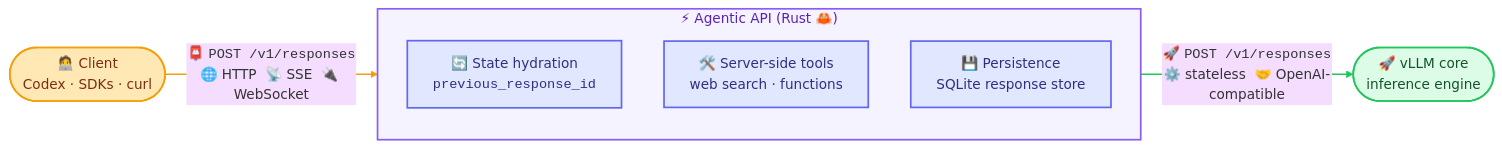
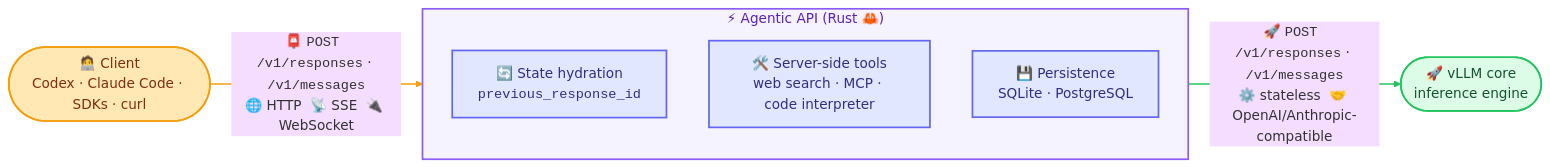
The diagram in README.md (EmbeddedLLM/agentic-api), drawn with Mermaid (base theme) before and after one commit. The commit also changed other lines of this file and 7 other files, not shown here.

Commit message:
chore: roadmap, readme and general docs updates

````diff
--- a/README.md
+++ b/README.md
@@ -28,22 +28,22 @@
 ```mermaid
 flowchart LR
-    C(["🧑‍💻 Client<br/>Codex · SDKs · curl"]) -->|"📮 <code>POST /v1/responses</code><br/>🌐 HTTP&nbsp;&nbsp;📡 SSE&nbsp;&nbsp;🔌 WebSocket"| A
+    C(["🧑‍💻 Client<br/>Codex · Claude Code · SDKs · curl"]) -->|"📮 <code>POST /v1/responses</code> · <code>/v1/messages</code><br/>🌐 HTTP&nbsp;&nbsp;📡 SSE&nbsp;&nbsp;🔌 WebSocket"| A
     subgraph A ["⚡ Agentic API (Rust 🦀)"]
         direction TB
         S["🔄 State hydration<br/><code>previous_response_id</code>"]
-        T["🛠️ Server-side tools<br/>web search · functions"]
-        P["💾 Persistence<br/>SQLite response store"]
+        T["🛠️ Server-side tools<br/>web search · MCP · code interpreter"]
+        P["💾 Persistence<br/>SQLite · PostgreSQL"]
     end
-    A -->|"🚀 <code>POST /v1/responses</code><br/>⚙️ stateless&nbsp;&nbsp;🤝 OpenAI-compatible"| V(["🚀 vLLM core<br/>inference engine"])
+    A -->|"🚀 <code>POST /v1/responses</code> · <code>/v1/messages</code><br/>⚙️ stateless&nbsp;&nbsp;🤝 OpenAI/Anthropic-compatible"| V(["🚀 vLLM core<br/>inference engine"])
 
     classDef client fill:#FFE8B3,stroke:#F59E0B,stroke-width:2px,color:#7C2D12
     classDef inner fill:#E0E7FF,stroke:#6366F1,stroke-width:2px,color:#312E81
     classDef engine fill:#DCFCE7,stroke:#22C55E,stroke-width:2px,color:#14532D
 
     class C client
     class S,T,P inner
     class V engine
     style A fill:#F5F3FF,stroke:#8B5CF6,stroke-width:2px,color:#5B21B6
     linkStyle 0 stroke:#F59E0B,stroke-width:2px
     linkStyle 1 stroke:#22C55E,stroke-width:2px
 ```
````
